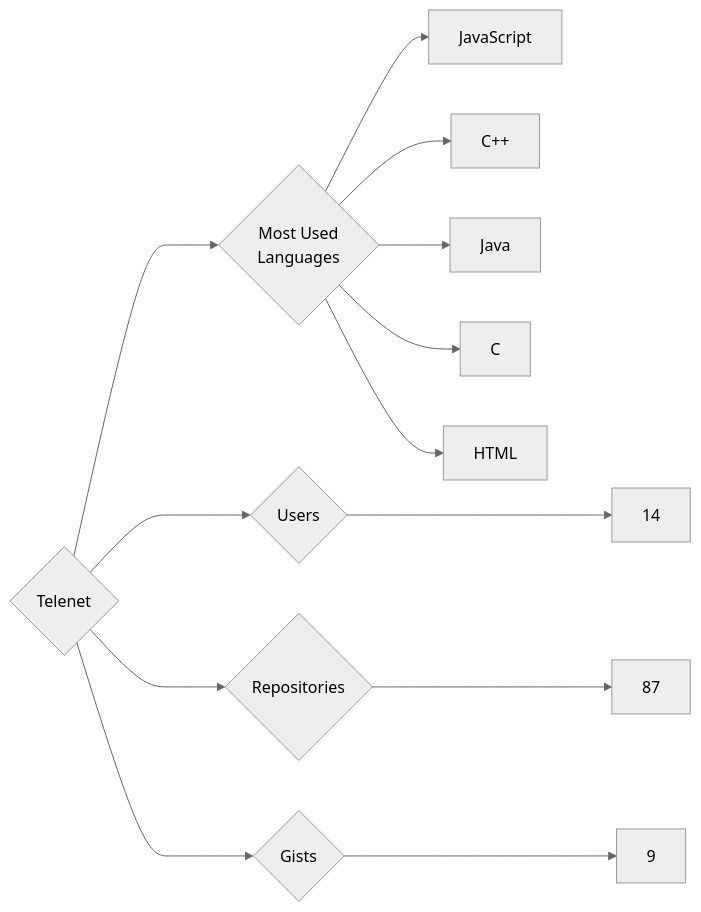
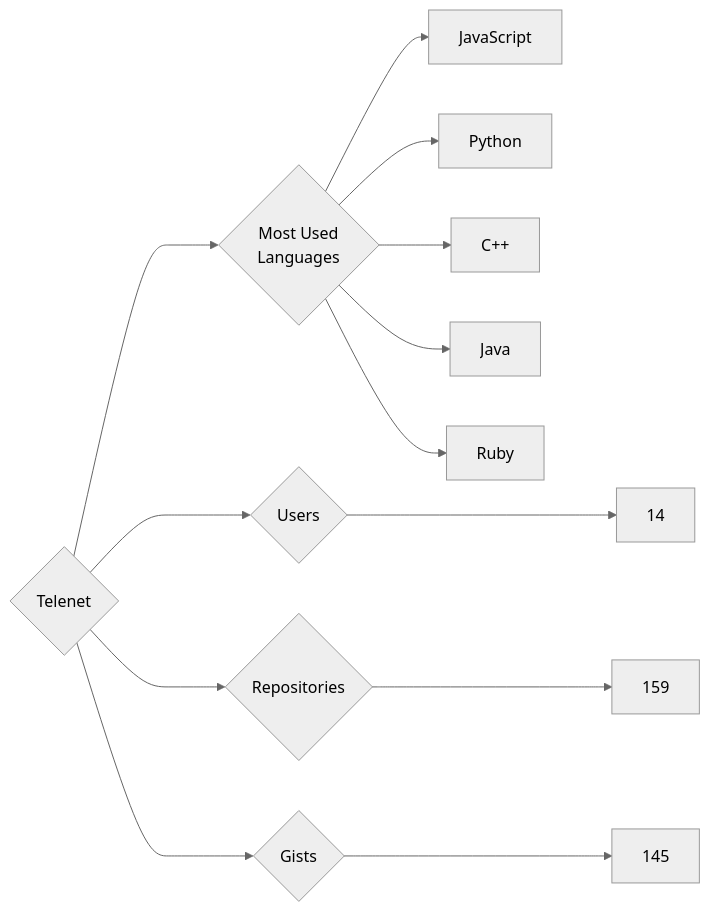
The diagram in targets/Telenet/README.md (trickest/insiders), drawn with Mermaid (neutral theme) before and after one commit. The commit also changed 973 other files, not shown here.

````diff
--- a/targets/Telenet/README.md
+++ b/targets/Telenet/README.md
@@ -3,13 +3,13 @@
 ```mermaid
 graph LR
 COMPANY_NAME{Telenet}
 COMPANY_NAME ---> U{Users} ---> UN[14]
-COMPANY_NAME ---> R{Repositories} ---> RN[87]
-COMPANY_NAME ---> G{Gists} ---> GN[9]
+COMPANY_NAME ---> R{Repositories} ---> RN[159]
+COMPANY_NAME ---> G{Gists} ---> GN[145]
 COMPANY_NAME ---> ML{Most Used<br>Languages}
 ML --> JavaScript[JavaScript]
+ML --> Python[Python]
 ML --> C++[C++]
 ML --> Java[Java]
-ML --> C[C]
-ML --> HTML[HTML]
+ML --> Ruby[Ruby]
 ```
````
